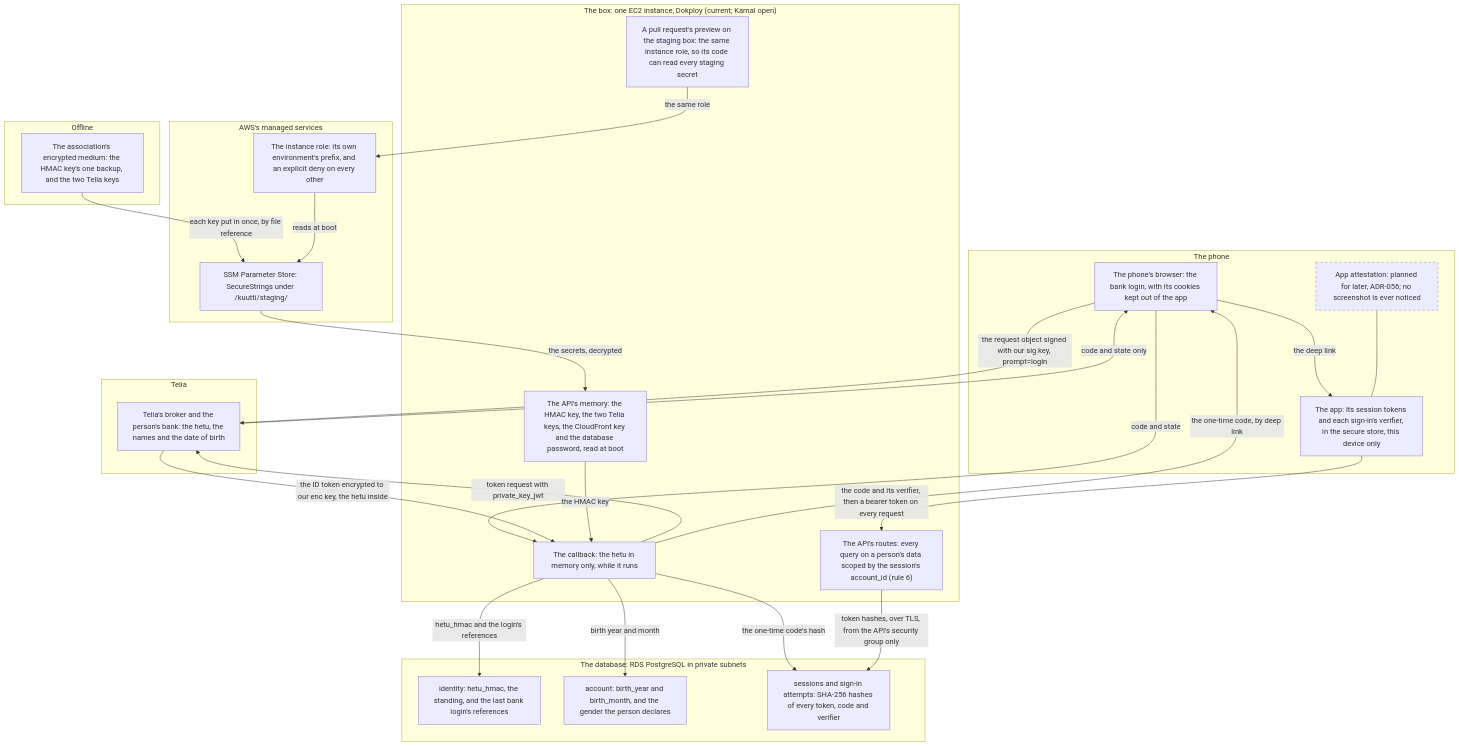
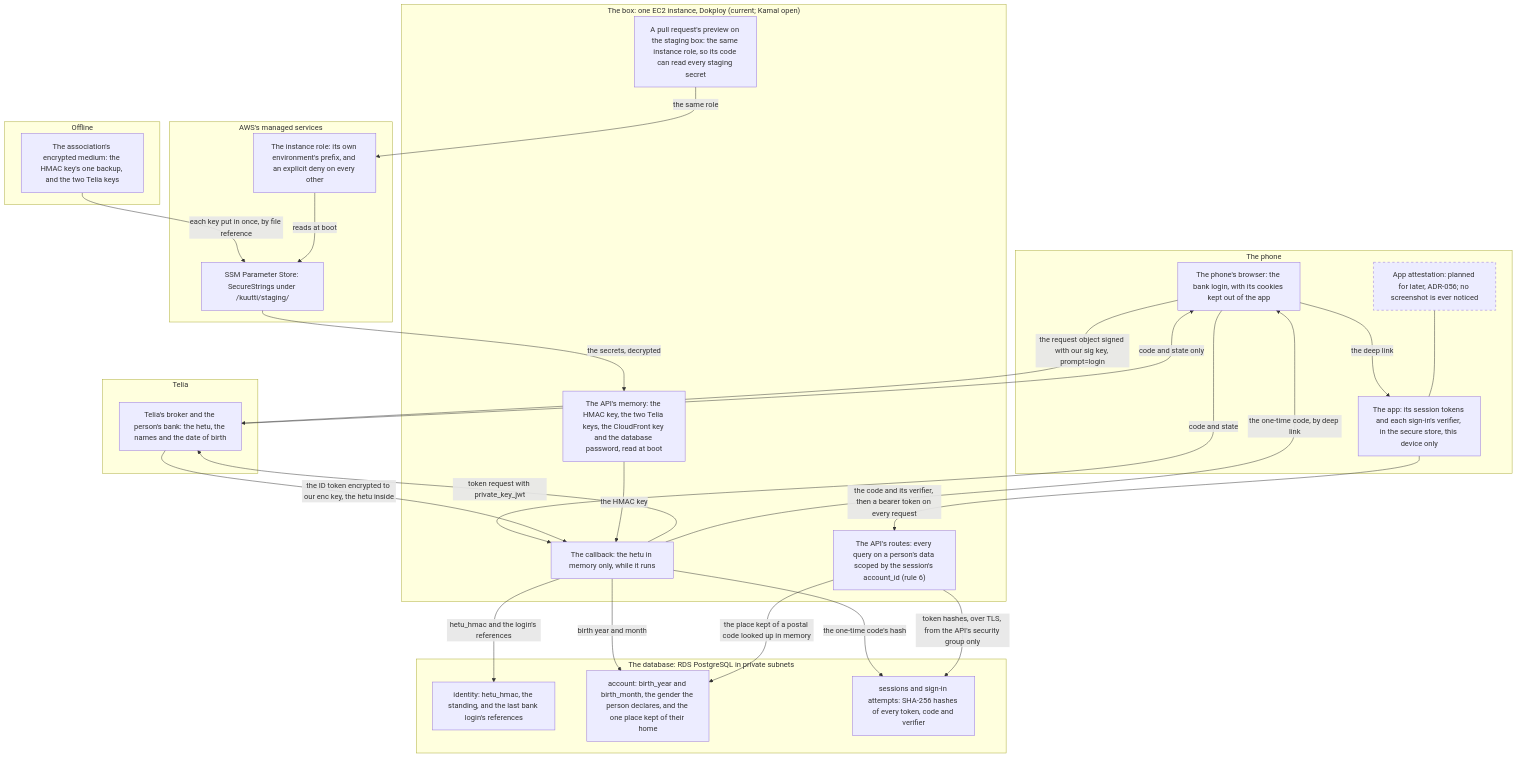
One commit to kuutti-ry/kuutti-app changed the first of 2 diagrams in docs/architecture/trust.md. Above: the diagram before and after it, drawn with Mermaid. The commit also changed other lines of this file and 235 other files, not shown here.

First line of the commit message:
Ask for one home, keep a place of three thousand people (#556)

````diff
--- a/docs/architecture/trust.md
+++ b/docs/architecture/trust.md
@@ -29,50 +31,51 @@
 ```mermaid
 flowchart TB
   accTitle: Data and trust boundaries, part 1: the person's identity and the secrets
-  accDescr: The hetu travels from the bank through Telia to the API's callback inside an ID token encrypted to Kuutti's key, server to server, and never through the phone. In the callback's memory it becomes an HMAC under a key read from SSM, a year and month of birth and an age, and is dropped. The database keeps the HMAC, the year and month and the last login's references, and only hashes of tokens and codes. The phone keeps its own session tokens and each sign-in's verifier in its secure store. The instance role reads its own SSM prefix and is denied every other. A pull request's preview runs on the staging box under the same role, so its code can read every staging secret; the API's own code drops them, which is no boundary.
+  accDescr: The hetu travels from the bank through Telia to the API's callback inside an ID token encrypted to Kuutti's key, server to server, and never through the phone. In the callback's memory it becomes an HMAC under a key read from SSM, a year and month of birth and an age, and is dropped. The database keeps the HMAC, the year and month and the last login's references, and only hashes of tokens and codes. It also keeps a person's one home, a place the API works out in memory from the postal code the app sends. The phone keeps its own session tokens and each sign-in's verifier in its secure store. The instance role reads its own SSM prefix and is denied every other. A pull request's preview runs on the staging box under the same role, so its code can read every staging secret; the API's own code drops them, which is no boundary.
   subgraph phone["The phone"]
     b1["The app: its session tokens and each sign-in's verifier, in the secure store, this device only"]
     b2["The phone's browser: the bank login, with its cookies kept out of the app"]
     b3["App attestation: planned for later, ADR-056; no screenshot is ever noticed"]:::notbuilt
   end
   subgraph telia["Telia"]
     b4["Telia's broker and the person's bank: the hetu, the names and the date of birth"]
   end
   subgraph box["The box: one EC2 instance, Dokploy (current; Kamal open)"]
     b5["The API's routes: every query on a person's data scoped by the session's account_id (rule 6)"]
     b6["The callback: the hetu in memory only, while it runs"]
     b7["The API's memory: the HMAC key, the two Telia keys, the CloudFront key and the database password, read at boot"]
     b8["A pull request's preview on the staging box: the same instance role, so its code can read every staging secret"]
   end
   subgraph aws["AWS's managed services"]
     b9["SSM Parameter Store: SecureStrings under /kuutti/staging/"]
     b10["The instance role: its own environment's prefix, and an explicit deny on every other"]
   end
   subgraph rds["The database: RDS PostgreSQL in private subnets"]
     b11["identity: hetu_hmac, the standing, and the last bank login's references"]
-    b12["account: birth_year and birth_month, and the gender the person declares"]
+    b12["account: birth_year and birth_month, the gender the person declares, and the one place kept of their home"]
     b13["sessions and sign-in attempts: SHA-256 hashes of every token, code and verifier"]
   end
   subgraph offline["Offline"]
     b14["The association's encrypted medium: the HMAC key's one backup, and the two Telia keys"]
   end
   b2 -->|"the request object signed with our sig key, prompt=login"| b4
   b4 -->|"code and state only"| b2
   b2 -->|"code and state"| b6
   b6 -->|"token request with private_key_jwt"| b4
   b4 -->|"the ID token encrypted to our enc key, the hetu inside"| b6
   b14 -->|"each key put in once, by file reference"| b9
   b10 -->|"reads at boot"| b9
   b9 -->|"the secrets, decrypted"| b7
   b7 -->|"the HMAC key"| b6
   b6 -->|"hetu_hmac and the login's references"| b11
   b6 -->|"birth year and month"| b12
   b6 -->|"the one-time code's hash"| b13
   b6 -->|"the one-time code, by deep link"| b2
   b2 -->|"the deep link"| b1
   b1 -->|"the code and its verifier, then a bearer token on every request"| b5
   b5 -->|"token hashes, over TLS, from the API's security group only"| b13
+  b5 -->|"the place kept of a postal code looked up in memory"| b12
   b8 -->|"the same role"| b10
   b3 --- b1
   classDef notbuilt stroke-dasharray: 5 5
 ```
````
